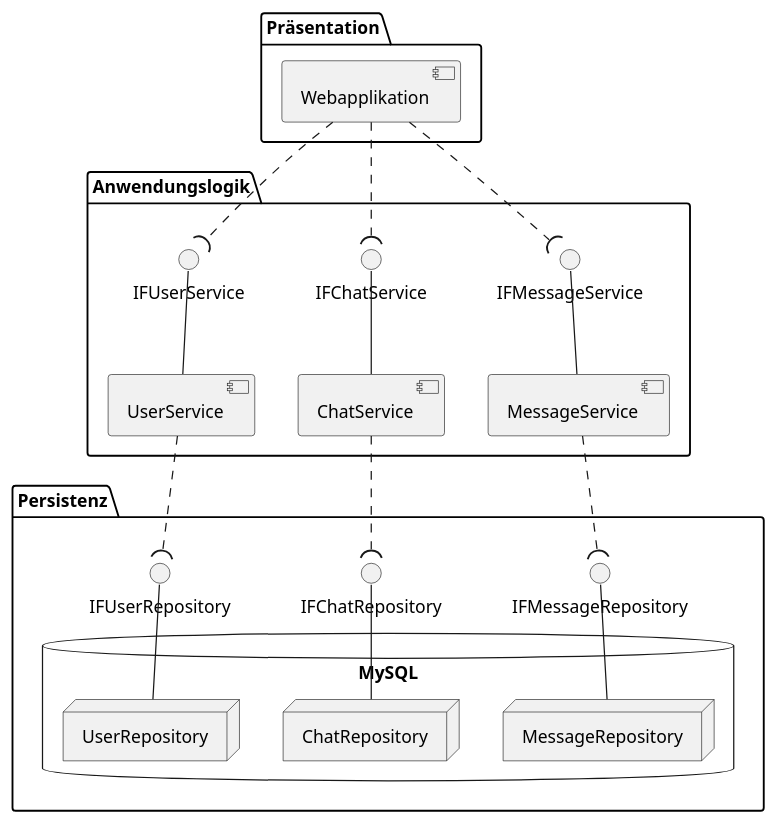
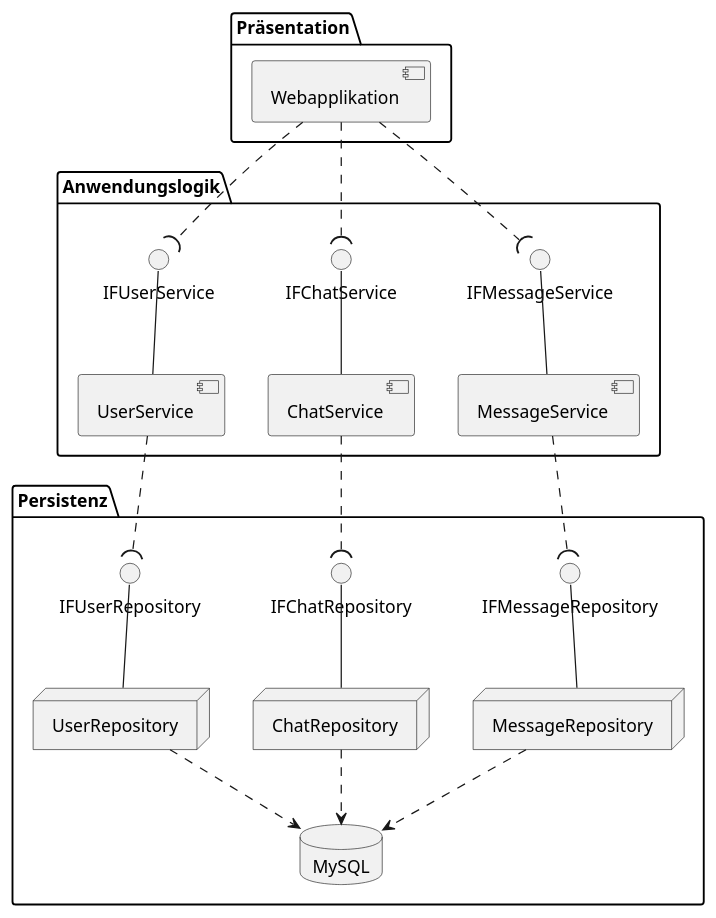
The diagram in src/doc/uml-component.puml (bbenno/oth-sw), drawn with PlantUML before and after one commit.

Commit message:
Update "Persistenz" package in component diagram
The repository classes are not part of the database but of the (spring) framework.

```diff
--- a/src/doc/uml-component.puml
+++ b/src/doc/uml-component.puml
@@ -1,43 +1,47 @@
 @startuml chat
 package "Präsentation" {
     component "Webapplikation" as app
 }
 
 package "Anwendungslogik" {
     component "UserService" as US
     component "ChatService" as CS
     component "MessageService" as MS
 
     () IFUserService as IFUS
     () IFChatService as IFCS
     () IFMessageService as IFMS
 
     US -up- IFUS
     CS -up- IFCS
     MS -up- IFMS
 }
 
 package "Persistenz" {
-    database "MySQL" {
-        node "UserRepository" as UR
-        node "ChatRepository" as CR
-        node "MessageRepository" as MR
-    }
+    node "UserRepository" as UR
+    node "ChatRepository" as CR
+    node "MessageRepository" as MR
+
+    database "MySQL" as db
 
     () IFUserRepository as IFUR
     () IFChatRepository as IFCR
     () IFMessageRepository as IFMR
 
     UR -up- IFUR
     CR -up- IFCR
     MR -up- IFMR
+
+    UR .down.> db
+    CR .down.> db
+    MR .down.> db
 }
 
 app .down.( IFUS
 app .down.( IFCS
 app .down.( IFMS
 
 US .down.( IFUR
 CS .down.( IFCR
 MS .down.( IFMR
 @enduml
```
